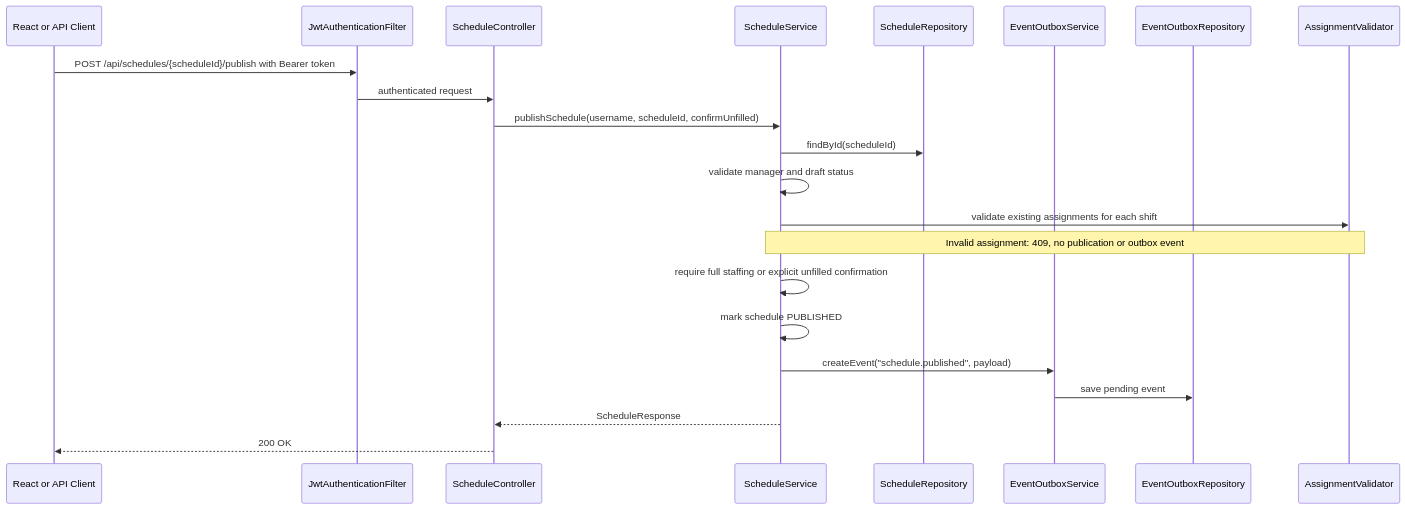
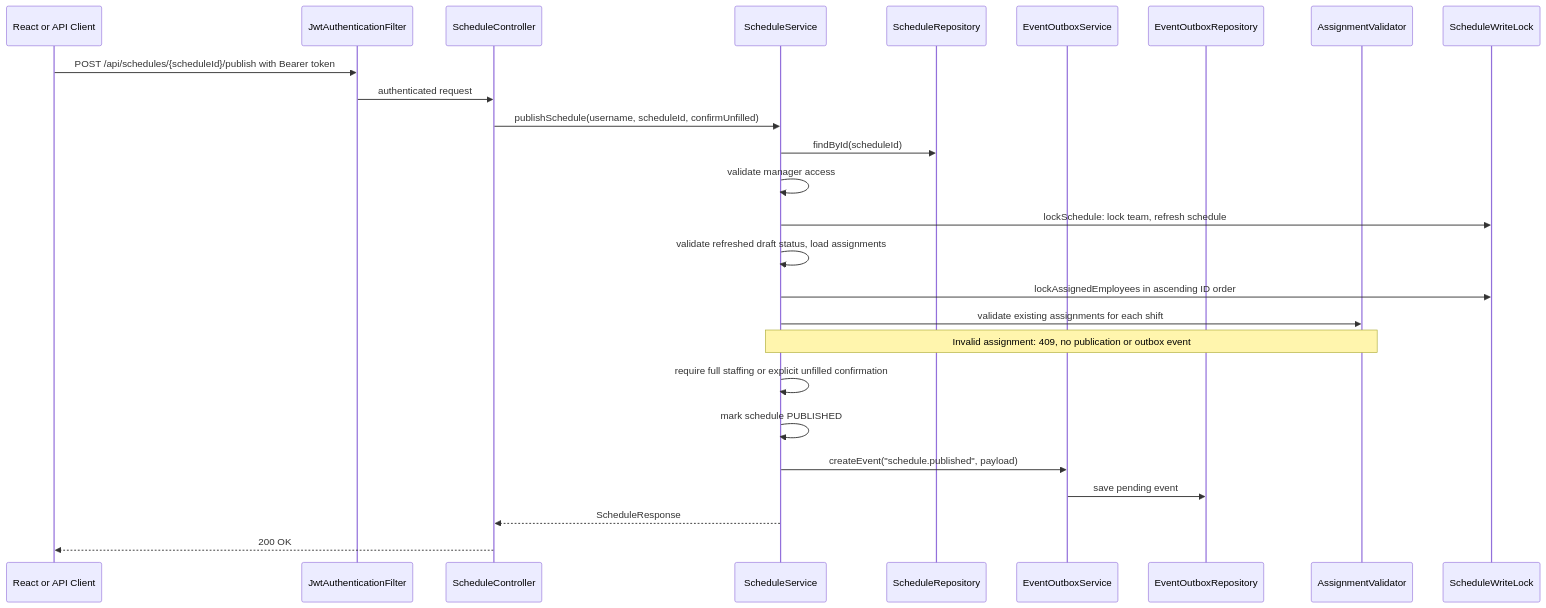
Before and after one commit to HiliMor/shift-management-system: the seventh of 20 diagrams in docs/current-backend-architecture.md, drawn with Mermaid. The commit also changed other lines of this file and 14 other files, not shown here.

````diff
--- a/docs/current-backend-architecture.md
+++ b/docs/current-backend-architecture.md
@@ -434,25 +434,29 @@
 ```mermaid
 sequenceDiagram
     participant Client as React or API Client
     participant Security as JwtAuthenticationFilter
     participant ScheduleController
     participant ScheduleService
     participant ScheduleRepository
     participant EventOutboxService
     participant EventOutboxRepository
     participant AssignmentValidator
+    participant ScheduleWriteLock
 
     Client->>Security: POST /api/schedules/{scheduleId}/publish with Bearer token
     Security->>ScheduleController: authenticated request
     ScheduleController->>ScheduleService: publishSchedule(username, scheduleId, confirmUnfilled)
     ScheduleService->>ScheduleRepository: findById(scheduleId)
-    ScheduleService->>ScheduleService: validate manager and draft status
+    ScheduleService->>ScheduleService: validate manager access
+    ScheduleService->>ScheduleWriteLock: lockSchedule: lock team, refresh schedule
+    ScheduleService->>ScheduleService: validate refreshed draft status, load assignments
+    ScheduleService->>ScheduleWriteLock: lockAssignedEmployees in ascending ID order
     ScheduleService->>AssignmentValidator: validate existing assignments for each shift
     Note over ScheduleService,AssignmentValidator: Invalid assignment: 409, no publication or outbox event
     ScheduleService->>ScheduleService: require full staffing or explicit unfilled confirmation
     ScheduleService->>ScheduleService: mark schedule PUBLISHED
     ScheduleService->>EventOutboxService: createEvent("schedule.published", payload)
     EventOutboxService->>EventOutboxRepository: save pending event
     ScheduleService-->>ScheduleController: ScheduleResponse
     ScheduleController-->>Client: 200 OK
 ```
````
